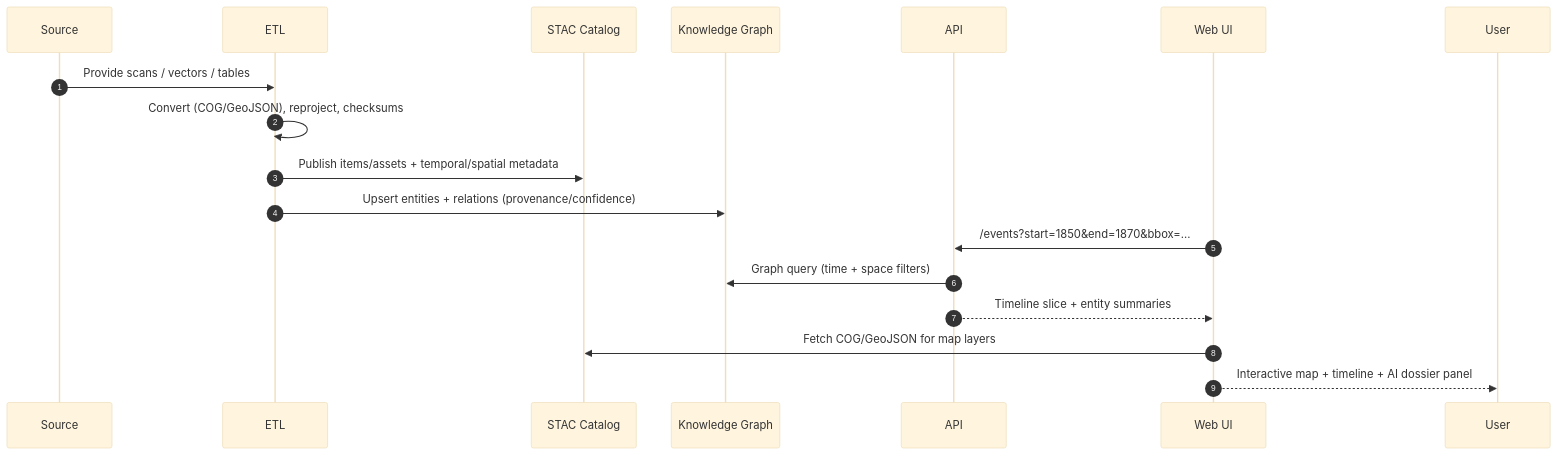
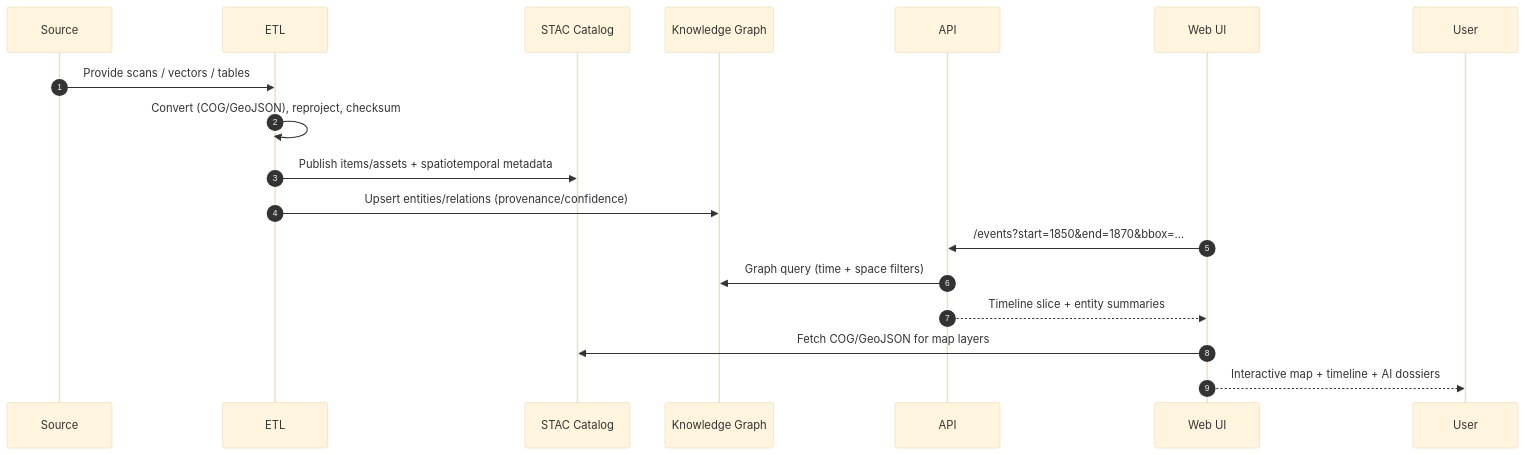
One commit to bartytime4life/Kansas-Frontier-Matrix changed the second of 2 diagrams in src/ARCHITECTURE.md. Above: the diagram before and after it, drawn with Mermaid (base theme). The commit also changed other lines of this file, not shown here.

````diff
--- a/src/ARCHITECTURE.md
+++ b/src/ARCHITECTURE.md
@@ -76,20 +97,20 @@
 ```mermaid
 sequenceDiagram
     autonumber
     participant SRC as Source
     participant ETL as ETL
     participant STAC as STAC Catalog
     participant KG as Knowledge Graph
     participant API as API
     participant UI as Web UI
 
     SRC->>ETL: Provide scans / vectors / tables
-    ETL->>ETL: Convert (COG/GeoJSON), reproject, checksums
-    ETL->>STAC: Publish items/assets + temporal/spatial metadata
-    ETL->>KG: Upsert entities + relations (provenance/confidence)
+    ETL->>ETL: Convert (COG/GeoJSON), reproject, checksum
+    ETL->>STAC: Publish items/assets + spatiotemporal metadata
+    ETL->>KG: Upsert entities/relations (provenance/confidence)
     UI->>API: /events?start=1850&end=1870&bbox=...
     API->>KG: Graph query (time + space filters)
     API-->>UI: Timeline slice + entity summaries
     UI->>STAC: Fetch COG/GeoJSON for map layers
-    UI-->>User: Interactive map + timeline + AI dossier panel
+    UI-->>User: Interactive map + timeline + AI dossiers
 ```
````
